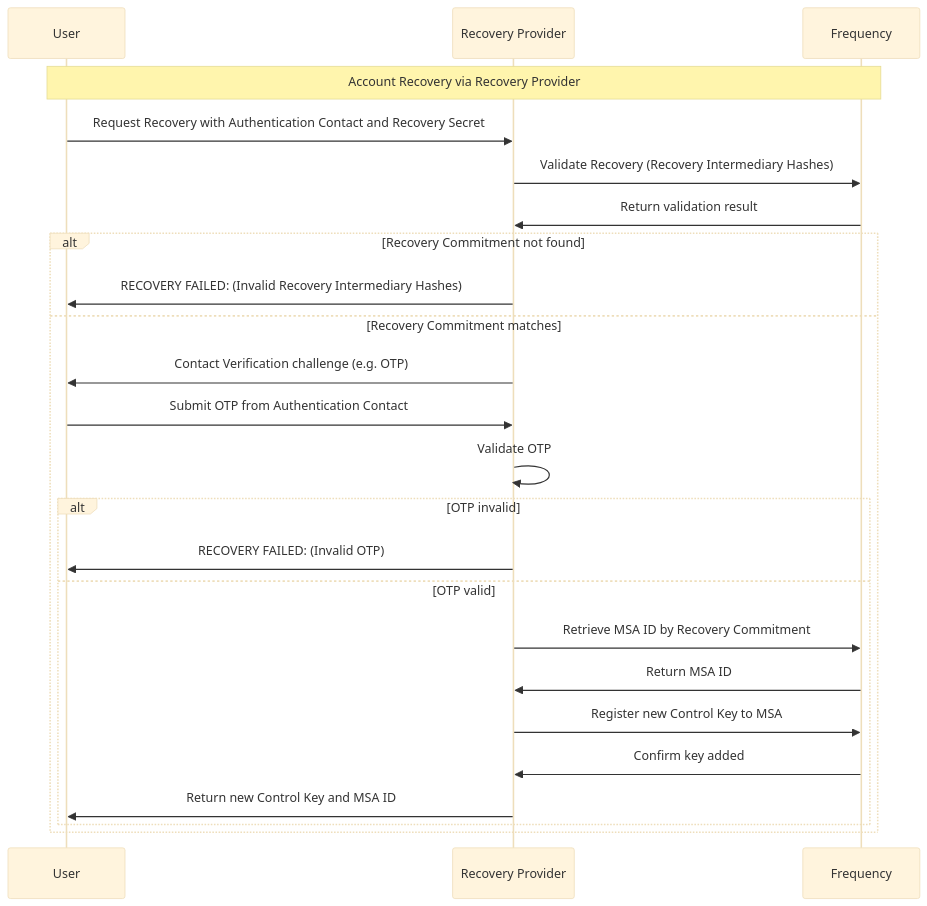
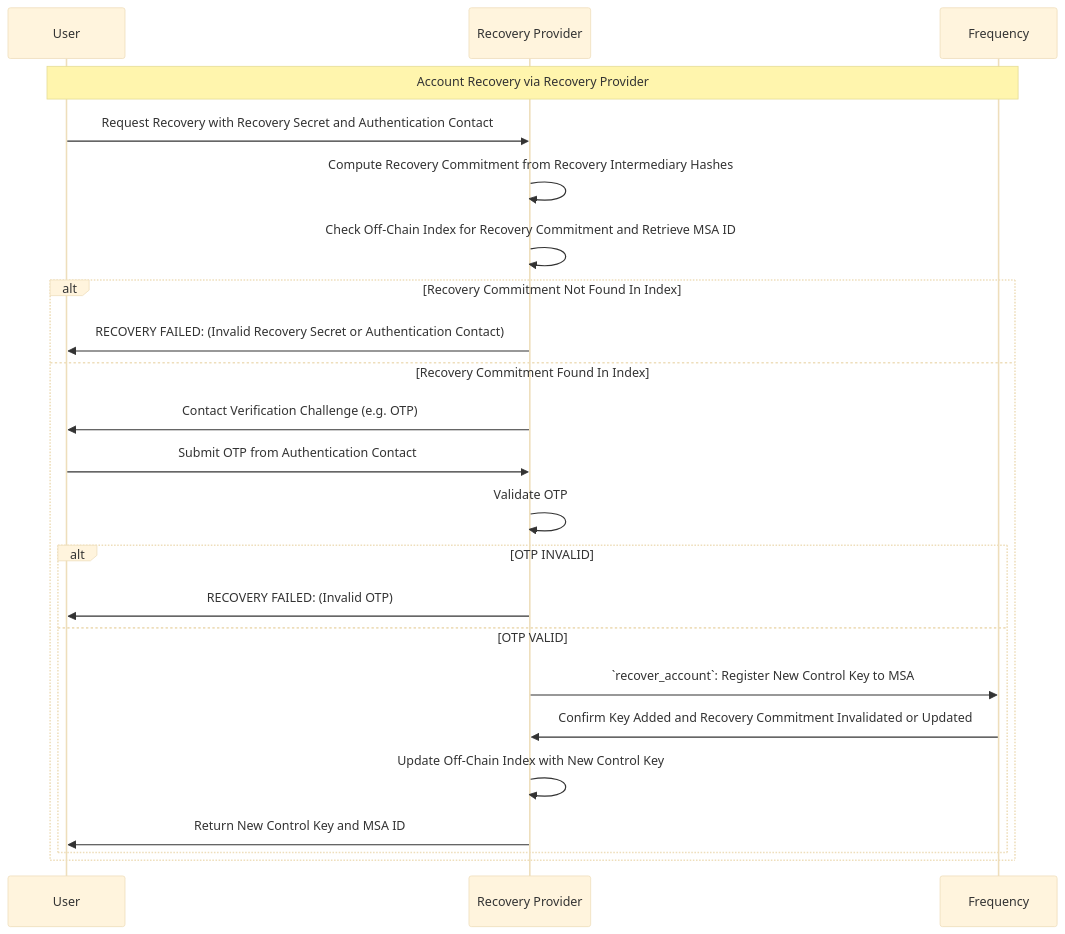
The second of 2 diagrams in designdocs/recovery_system.md (frequency-chain/frequency), drawn with Mermaid (base theme) before and after one commit. The commit also changed other lines of this file, not shown here.

Commit message:
refactor: enhance recovery process documentation and clarify off-chain validation steps

````diff
--- a/designdocs/recovery_system.md
+++ b/designdocs/recovery_system.md
@@ -174,29 +176,29 @@
 ```mermaid
 sequenceDiagram
     participant U as User
     participant RP as Recovery Provider  
     participant F as Frequency
 
     Note over U,F: Account Recovery via Recovery Provider
-    U->>RP: Request Recovery with Authentication Contact and Recovery Secret
-    RP->>F: Validate Recovery (Recovery Intermediary Hashes)
-    F->>RP: Return validation result
+    U->>RP: Request Recovery with Recovery Secret and Authentication Contact
+    RP->>RP: Compute Recovery Commitment from Recovery Intermediary Hashes
+    RP->>RP: Check Off-Chain Index for Recovery Commitment and Retrieve MSA ID
+    
+    alt Recovery Commitment Not Found In Index
+        RP->>U: RECOVERY FAILED: (Invalid Recovery Secret or Authentication Contact)
+    else Recovery Commitment Found In Index
 
-    alt Recovery Commitment not found
-        RP->>U: RECOVERY FAILED: (Invalid Recovery Intermediary Hashes)
-    else Recovery Commitment matches
-        RP->>U: Contact Verification challenge (e.g. OTP)
+        RP->>U: Contact Verification Challenge (e.g. OTP)
         U->>RP: Submit OTP from Authentication Contact
         RP->>RP: Validate OTP
         
-        alt OTP invalid
+        alt OTP INVALID
             RP->>U: RECOVERY FAILED: (Invalid OTP)
-        else OTP valid
-            RP->>F: Retrieve MSA ID by Recovery Commitment
-            F->>RP: Return MSA ID
-            RP->>F: Register new Control Key to MSA
-            F->>RP: Confirm key added
-            RP->>U: Return new Control Key and MSA ID
+        else OTP VALID
+            RP->>F: `recover_account`: Register New Control Key to MSA
+            F->>RP: Confirm Key Added and Recovery Commitment Invalidated or Updated
+            RP->>RP: Update Off-Chain Index with New Control Key
+            RP->>U: Return New Control Key and MSA ID
         end
     end
 ```
````
